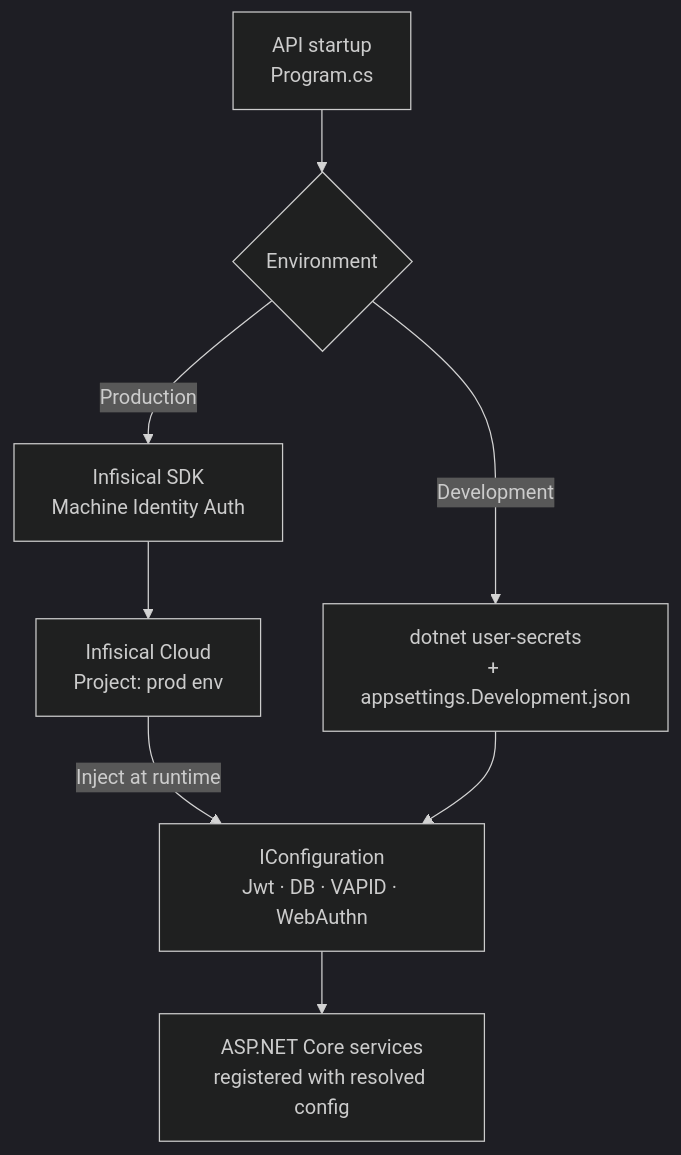
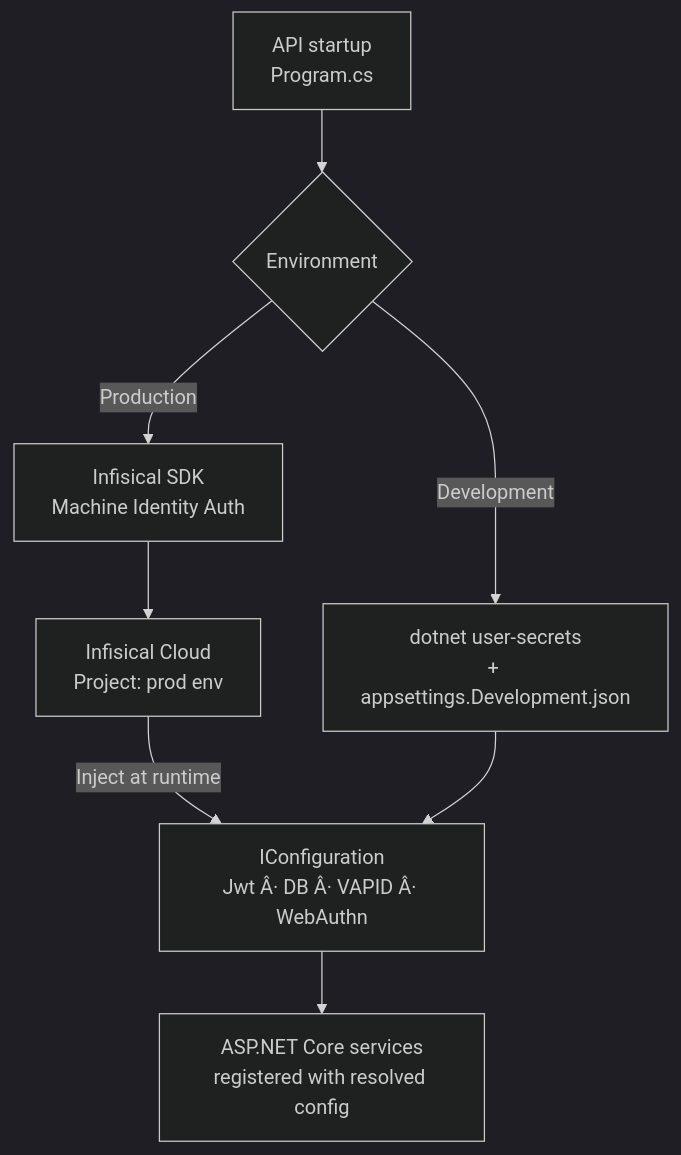
One commit to CarolineChirenje/blueprint1989 changed the fourth of 4 diagrams in docs/technical documents/Architecture.md. Above: the diagram before and after it, drawn with Mermaid (dark theme). The commit also changed other lines of this file and 17 other files, not shown here.

````diff
--- a/docs/technical documents/Architecture.md
+++ b/docs/technical documents/Architecture.md
@@ -252,10 +252,10 @@
 ```mermaid
 flowchart TD
     A[API startup\nProgram.cs] --> B{Environment}
     B -->|Development| C[dotnet user-secrets\n+ appsettings.Development.json]
     B -->|Production| D[Infisical SDK\nMachine Identity Auth]
     D --> E[Infisical Cloud\nProject: prod env]
-    E -->|Inject at runtime| F[IConfiguration\nJwt · DB · VAPID · WebAuthn]
+    E -->|Inject at runtime| F[IConfiguration\nJwt Â· DB Â· VAPID Â· WebAuthn]
     C --> F
     F --> G[ASP.NET Core services\nregistered with resolved config]
 ```
````
